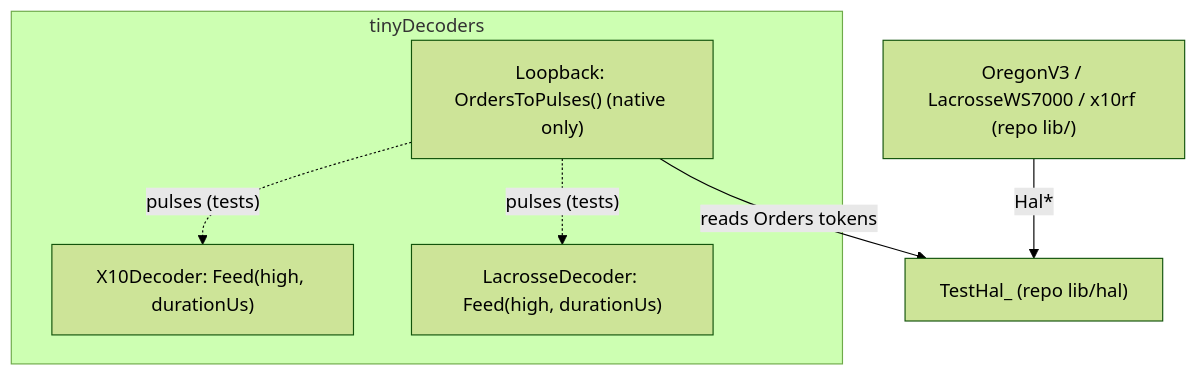
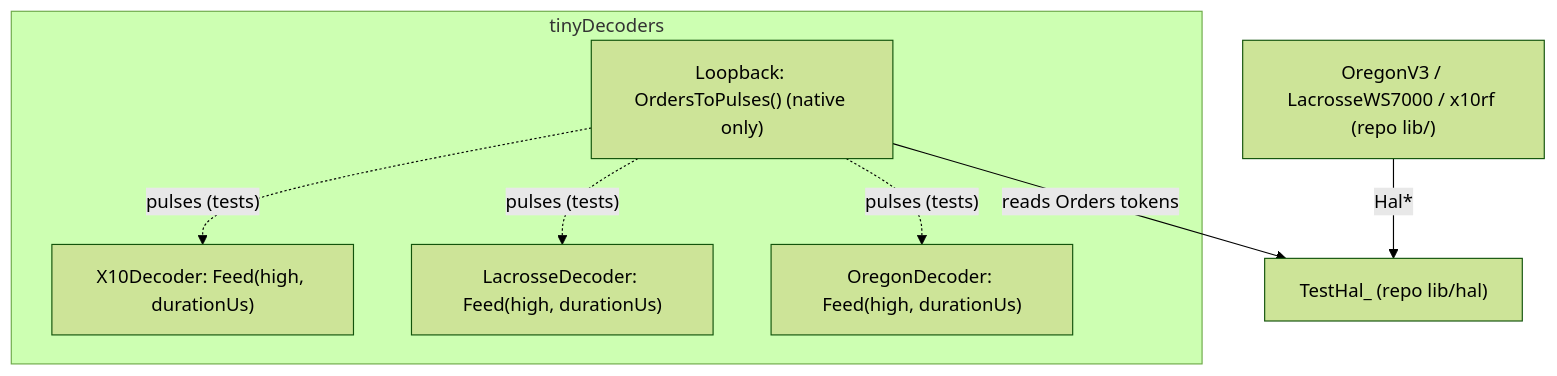
The second of 2 diagrams in docs/architecture.md (arcadien/tinySensor), drawn with Mermaid (forest theme) before and after one commit. The commit also changed other lines of this file, not shown here.

Commit message:
arch(FUNC-DECODE-004): add OregonDecoder to tinyDecoders

````diff
--- a/docs/architecture.md
+++ b/docs/architecture.md
@@ -105,12 +105,14 @@
 ```mermaid
 graph TD
   subgraph tinyDecoders
     Loopback["Loopback: OrdersToPulses() (native only)"]
     X10Decoder["X10Decoder: Feed(high, durationUs)"]
     LacrosseDecoder["LacrosseDecoder: Feed(high, durationUs)"]
+    OregonDecoder["OregonDecoder: Feed(high, durationUs)"]
   end
   Loopback -.->|"pulses (tests)"| X10Decoder
   Loopback -.->|"pulses (tests)"| LacrosseDecoder
+  Loopback -.->|"pulses (tests)"| OregonDecoder
   Encoders["OregonV3 / LacrosseWS7000 / x10rf (repo lib/)"] -->|Hal*| TestHal["TestHal_ (repo lib/hal)"]
   Loopback -->|"reads Orders tokens"| TestHal
 ```
````
